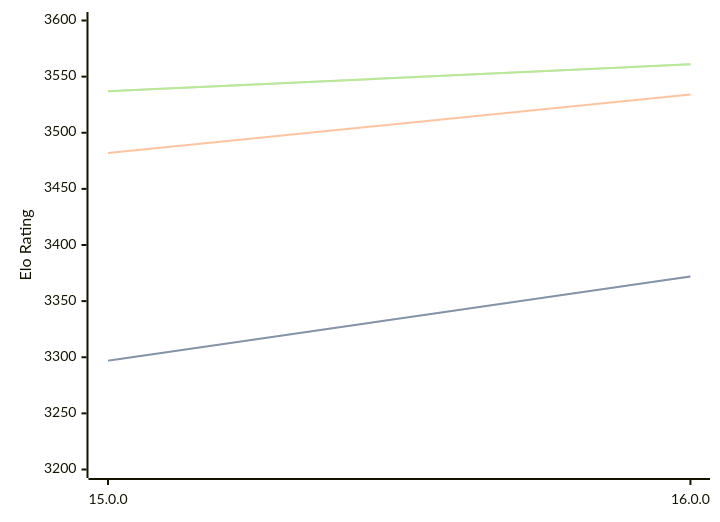
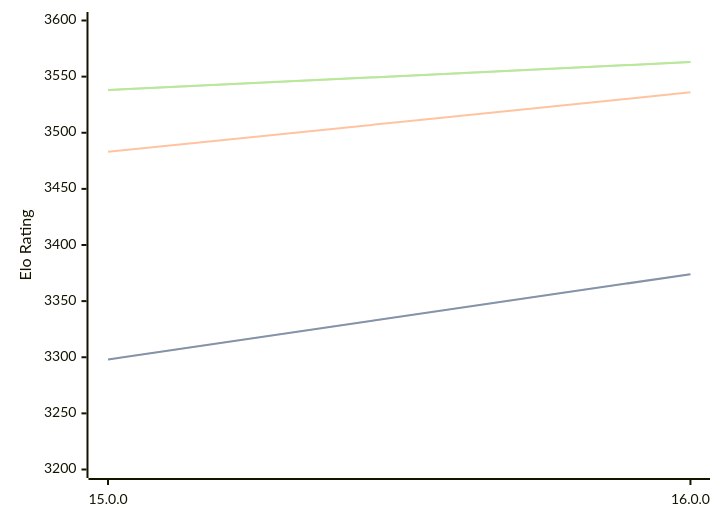
One commit to computer-chess-index/cci changed the diagram in engines/Halogen.md. Above: the diagram before and after it, drawn with Mermaid. The commit also changed other lines of this file, not shown here.

Commit message:
Update CCI Ratings (ELO VLTC) - 2026-10-09

````diff
--- a/engines/Halogen.md
+++ b/engines/Halogen.md
@@ -32,11 +32,11 @@
 ```mermaid
 %%{init: {"theme":"base","themeVariables":{"seriesColors:['#a3a3a3','#222221','#faa371']}}}%%
 xychart-beta
   x-axis ["15.0.0", "16.0.0"]
   y-axis "Elo Rating" 3200 --> 3600
-  line "" [3297, 3372]
-  line "STC (8.0+0.08s)" [3297, 3372]
-  line "LTC (60.0+0.60s)" [3482, 3534]
-  line "" [3537, 3561]
-  line "VLTC (2m24s+1.12s)" [3537, 3561]
+  line "" [3298, 3374]
+  line "STC (8.0+0.08s)" [3298, 3374]
+  line "LTC (60.0+0.60s)" [3483, 3536]
+  line "" [3538, 3563]
+  line "VLTC (2m24s+1.12s)" [3538, 3563]
 ```
````
